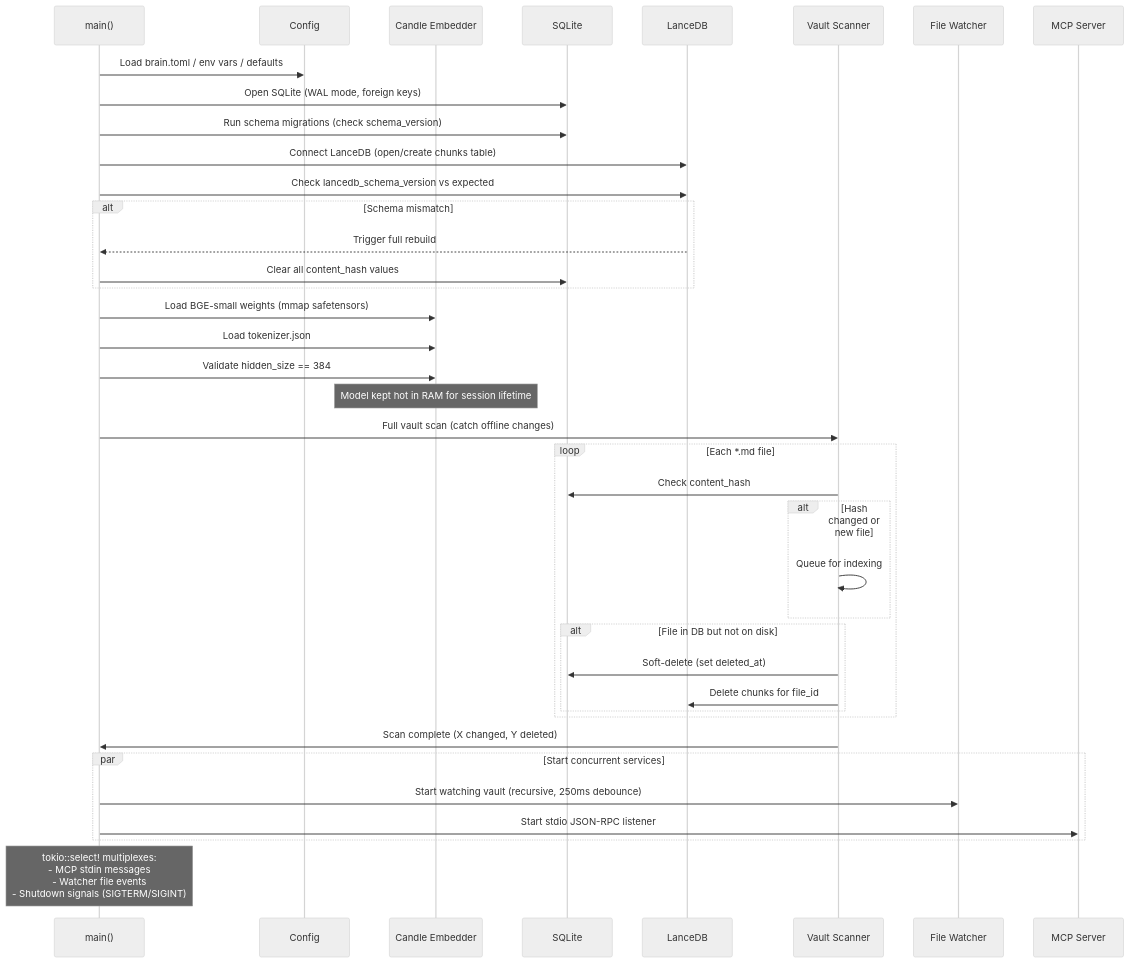
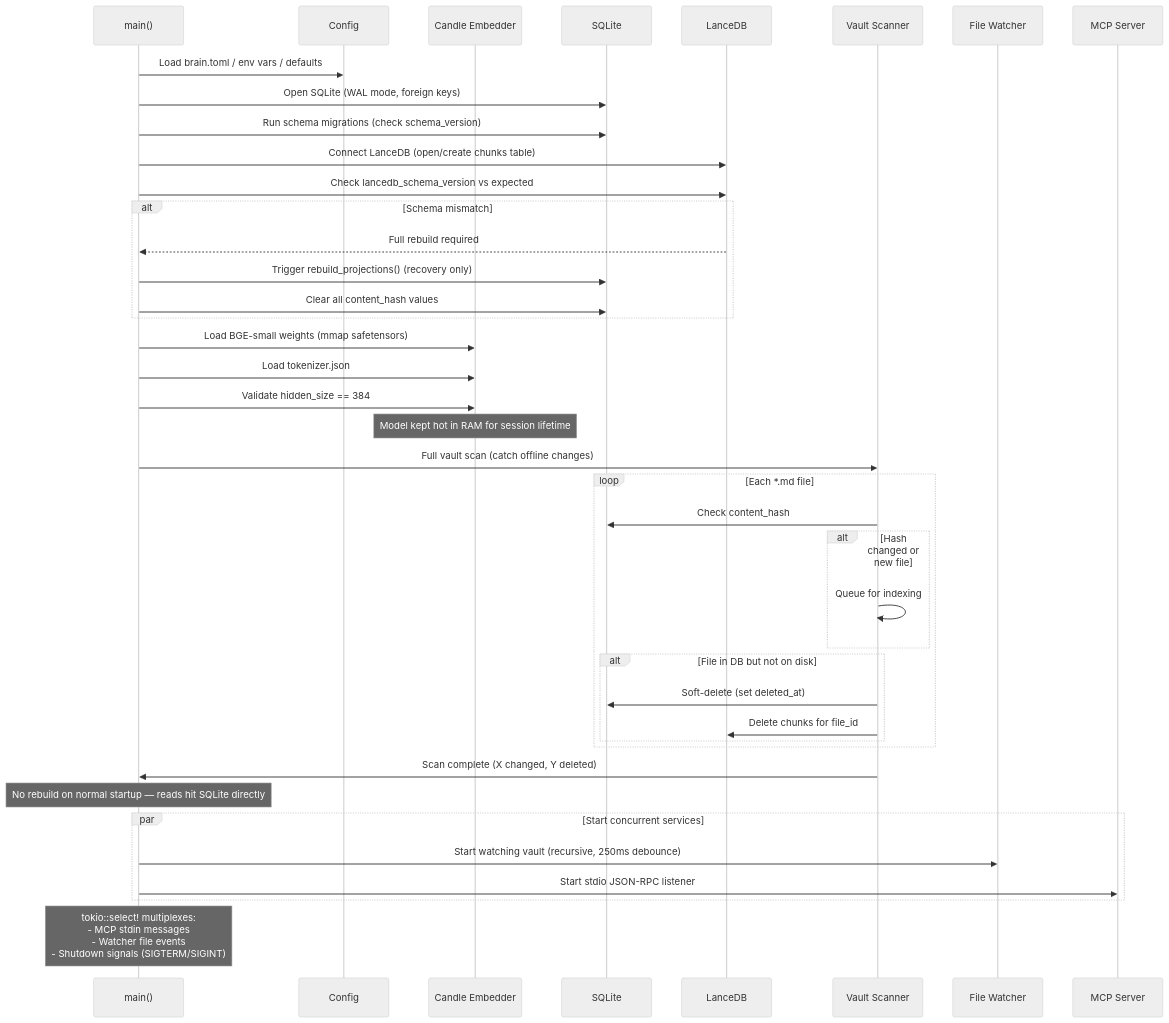
Before and after one commit to benediktms/brain: the second of 9 diagrams in docs/ARCHITECTURE.md, drawn with Mermaid (neutral theme). The commit also changed other lines of this file and 1 other file, not shown here.

First line of the commit message:
docs: reflect B2 storage refactor — SQLite as runtime source of truth

````diff
--- a/docs/ARCHITECTURE.md
+++ b/docs/ARCHITECTURE.md
@@ -158,45 +161,47 @@
 ```mermaid
 sequenceDiagram
     participant Main as main()
     participant Config as Config
     participant Model as Candle Embedder
     participant DB as SQLite
     participant Vec as LanceDB
     participant Scanner as Vault Scanner
     participant Watcher as File Watcher
     participant MCP as MCP Server
 
     Main->>Config: Load brain.toml / env vars / defaults
     Main->>DB: Open SQLite (WAL mode, foreign keys)
     Main->>DB: Run schema migrations (check schema_version)
     Main->>Vec: Connect LanceDB (open/create chunks table)
     Main->>Vec: Check lancedb_schema_version vs expected
     alt Schema mismatch
-        Vec-->>Main: Trigger full rebuild
+        Vec-->>Main: Full rebuild required
+        Main->>DB: Trigger rebuild_projections() (recovery only)
         Main->>DB: Clear all content_hash values
     end
     Main->>Model: Load BGE-small weights (mmap safetensors)
     Main->>Model: Load tokenizer.json
     Main->>Model: Validate hidden_size == 384
     Note over Model: Model kept hot in RAM for session lifetime
 
     Main->>Scanner: Full vault scan (catch offline changes)
     loop Each *.md file
         Scanner->>DB: Check content_hash
         alt Hash changed or new file
             Scanner->>Scanner: Queue for indexing
         end
         alt File in DB but not on disk
             Scanner->>DB: Soft-delete (set deleted_at)
             Scanner->>Vec: Delete chunks for file_id
         end
     end
     Scanner->>Main: Scan complete (X changed, Y deleted)
+    Note over Main: No rebuild on normal startup — reads hit SQLite directly
 
     par Start concurrent services
         Main->>Watcher: Start watching vault (recursive, 250ms debounce)
         Main->>MCP: Start stdio JSON-RPC listener
     end
 
     Note over Main: tokio::select! multiplexes:<br/>- MCP stdin messages<br/>- Watcher file events<br/>- Shutdown signals (SIGTERM/SIGINT)
 ```
````
